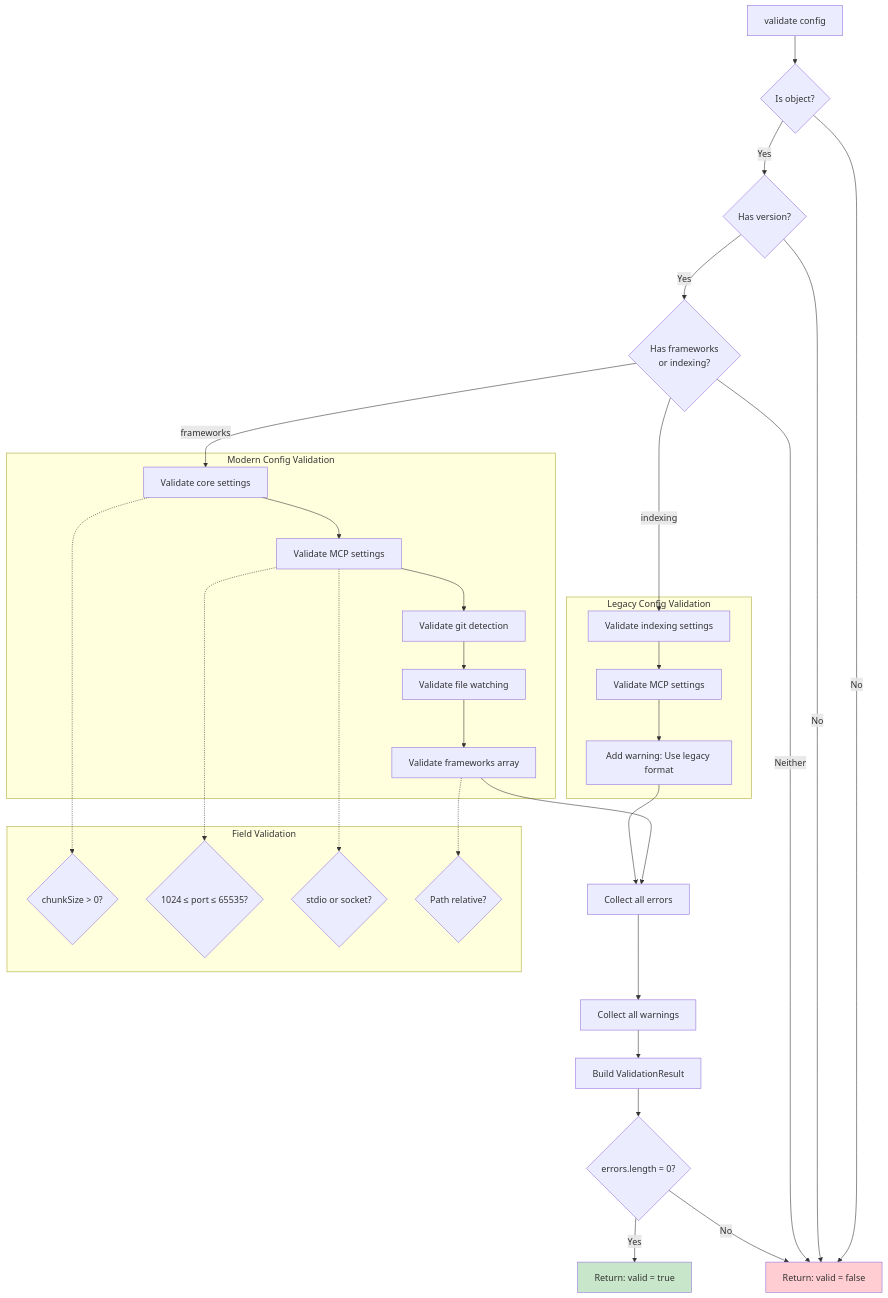
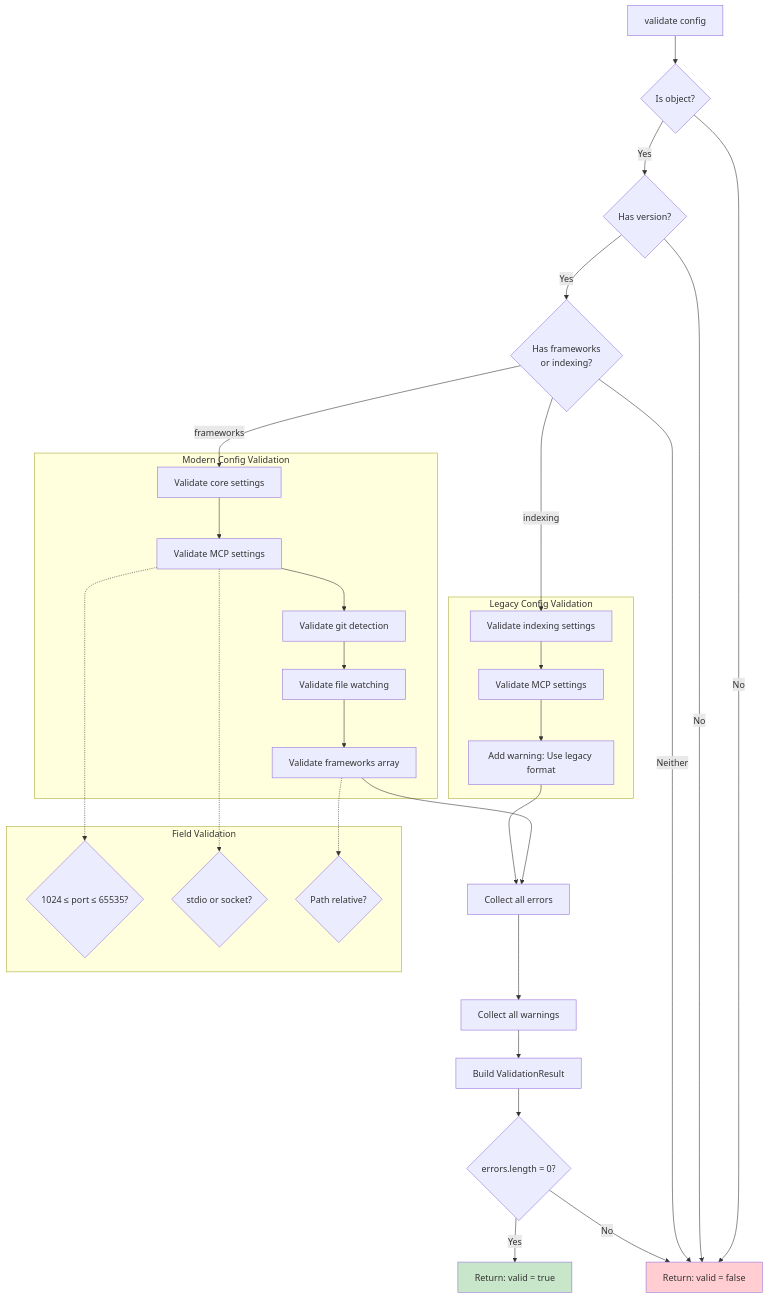
Before and after one commit to getlien/lien: the second of 2 diagrams in docs/architecture/config-system.md, drawn with Mermaid. The commit also changed other lines of this file and 8 other files, not shown here.

Commit message:
chore(core): remove dead chunkSize/chunkOverlap config keys via generalized retired-key table

````diff
--- a/docs/architecture/config-system.md
+++ b/docs/architecture/config-system.md
@@ -103,69 +103,67 @@
 ```mermaid
 flowchart TD
     START[validate config]
     CHECK_TYPE{Is object?}
     CHECK_VERSION{Has version?}
     CHECK_FORMAT{Has frameworks<br/>or indexing?}
     
     subgraph "Modern Config Validation"
         VAL_CORE[Validate core settings]
         VAL_MCP[Validate MCP settings]
         VAL_GIT[Validate git detection]
         VAL_WATCH[Validate file watching]
         VAL_FRAMEWORKS[Validate frameworks array]
     end
     
     subgraph "Legacy Config Validation"
         VAL_INDEXING[Validate indexing settings]
         VAL_MCP_LEG[Validate MCP settings]
         WARN_LEGACY[Add warning: Use legacy format]
     end
     
     subgraph "Field Validation"
-        CHUNK_SIZE{chunkSize > 0?}
         PORT{1024 ≤ port ≤ 65535?}
         TRANSPORT{stdio or socket?}
         PATH{Path relative?}
     end
     
     COLLECT_ERRORS[Collect all errors]
     COLLECT_WARNINGS[Collect all warnings]
     BUILD_RESULT[Build ValidationResult]
     RETURN{errors.length = 0?}
     VALID[Return: valid = true]
     INVALID[Return: valid = false]
     
     START --> CHECK_TYPE
     CHECK_TYPE -->|No| INVALID
     CHECK_TYPE -->|Yes| CHECK_VERSION
     CHECK_VERSION -->|No| INVALID
     CHECK_VERSION -->|Yes| CHECK_FORMAT
     
     CHECK_FORMAT -->|frameworks| VAL_CORE
     CHECK_FORMAT -->|indexing| VAL_INDEXING
     CHECK_FORMAT -->|Neither| INVALID
     
     VAL_CORE --> VAL_MCP
     VAL_MCP --> VAL_GIT
     VAL_GIT --> VAL_WATCH
     VAL_WATCH --> VAL_FRAMEWORKS
     VAL_FRAMEWORKS --> COLLECT_ERRORS
     
     VAL_INDEXING --> VAL_MCP_LEG
     VAL_MCP_LEG --> WARN_LEGACY
     WARN_LEGACY --> COLLECT_ERRORS
     
-    VAL_CORE -.-> CHUNK_SIZE
     VAL_MCP -.-> PORT
     VAL_MCP -.-> TRANSPORT
     VAL_FRAMEWORKS -.-> PATH
     
     COLLECT_ERRORS --> COLLECT_WARNINGS
     COLLECT_WARNINGS --> BUILD_RESULT
     BUILD_RESULT --> RETURN
     RETURN -->|Yes| VALID
     RETURN -->|No| INVALID
     
     style VALID fill:#c8e6c9
     style INVALID fill:#ffcdd2
 ```
````
